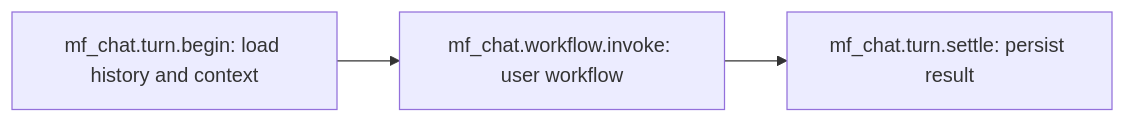
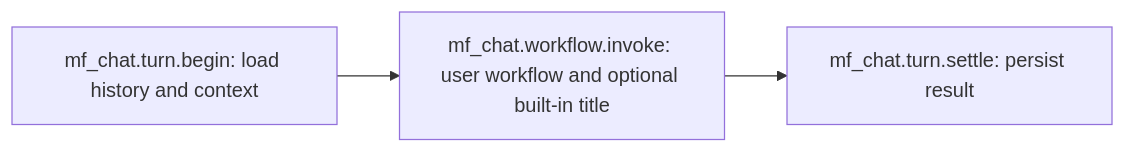
Before and after one commit to linw1995/miniflow: the diagram in docs/chat.md, drawn with Mermaid. The commit also changed other lines of this file and 8 other files, not shown here.

Commit message:
feat(cli): enable built-in chat titles from workflow inputs

````diff
--- a/docs/chat.md
+++ b/docs/chat.md
@@ -58,5 +58,5 @@
 ```mermaid
 flowchart LR
-    Begin["mf_chat.turn.begin: load history and context"] --> Invoke["mf_chat.workflow.invoke: user workflow"]
+    Begin["mf_chat.turn.begin: load history and context"] --> Invoke["mf_chat.workflow.invoke: user workflow and optional built-in title"]
     Invoke --> Settle["mf_chat.turn.settle: persist result"]
 ```
````
